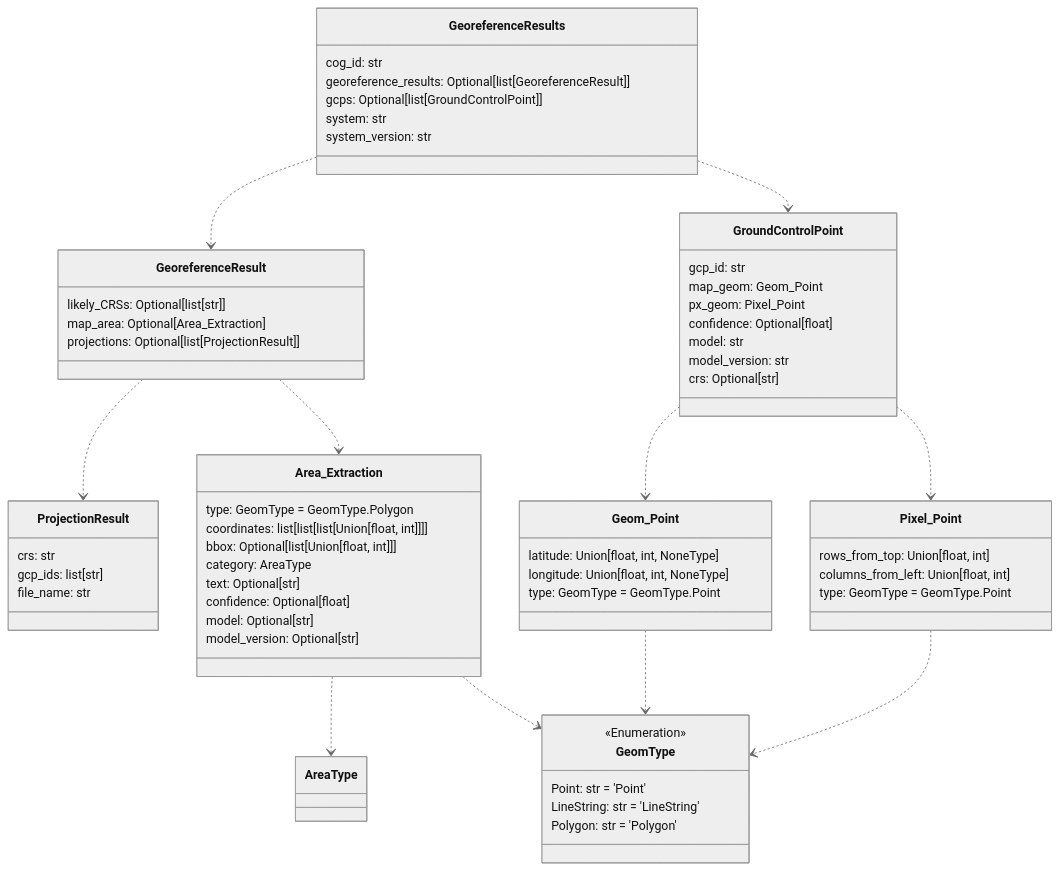
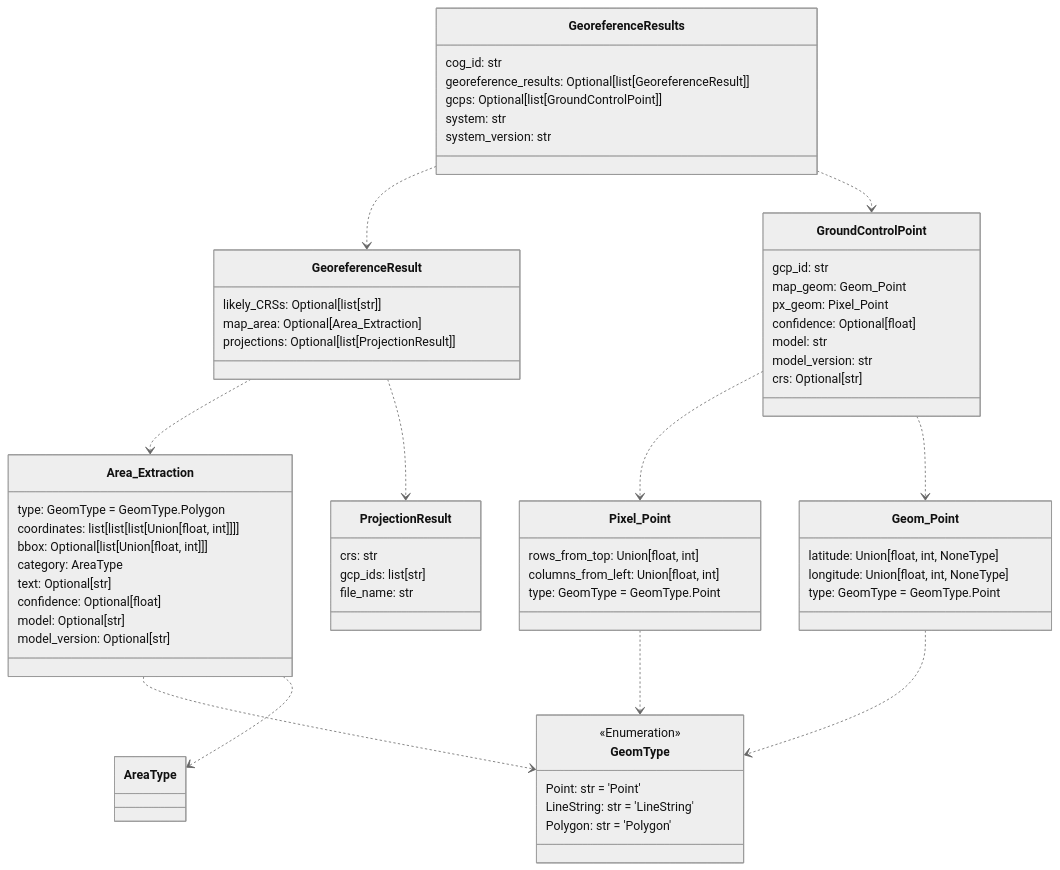
The second of 12 diagrams in README.md (DARPA-CRITICALMAAS/cdr_schemas), drawn with Mermaid (neutral theme) before and after one commit. The commit also changed other lines of this file and 3 other files, not shown here.

````diff
--- a/README.md
+++ b/README.md
@@ -113,76 +113,76 @@
 ```mermaid
 classDiagram
-
-    class ProjectionResult {
-        crs: str
-        gcp_ids: list[str]
-        file_name: str
-    }
 
     class Pixel_Point {
         rows_from_top: Union[float, int]
         columns_from_left: Union[float, int]
         type: GeomType = GeomType.Point
     }
 
+    class Geom_Point {
+        latitude: Union[float, int, NoneType]
+        longitude: Union[float, int, NoneType]
+        type: GeomType = GeomType.Point
+    }
+
+    class GroundControlPoint {
+        gcp_id: str
+        map_geom: Geom_Point
+        px_geom: Pixel_Point
+        confidence: Optional[float]
+        model: str
+        model_version: str
+        crs: Optional[str]
+    }
+
     class GeomType {
         <<Enumeration>>
         Point: str = 'Point'
         LineString: str = 'LineString'
         Polygon: str = 'Polygon'
+    }
+
+    class ProjectionResult {
+        crs: str
+        gcp_ids: list[str]
+        file_name: str
     }
 
     class GeoreferenceResult {
         likely_CRSs: Optional[list[str]]
         map_area: Optional[Area_Extraction]
         projections: Optional[list[ProjectionResult]]
     }
 
     class GeoreferenceResults {
         cog_id: str
         georeference_results: Optional[list[GeoreferenceResult]]
         gcps: Optional[list[GroundControlPoint]]
         system: str
         system_version: str
     }
 
     class Area_Extraction {
         type: GeomType = GeomType.Polygon
         coordinates: list[list[list[Union[float, int]]]]
         bbox: Optional[list[Union[float, int]]]
         category: AreaType
         text: Optional[str]
         confidence: Optional[float]
         model: Optional[str]
         model_version: Optional[str]
     }
 
-    class Geom_Point {
-        latitude: Union[float, int, NoneType]
-        longitude: Union[float, int, NoneType]
-        type: GeomType = GeomType.Point
-    }
-
-    class GroundControlPoint {
-        gcp_id: str
-        map_geom: Geom_Point
-        px_geom: Pixel_Point
-        confidence: Optional[float]
-        model: str
-        model_version: str
-        crs: Optional[str]
-    }
-
+    Area_Extraction ..> GeomType
     Area_Extraction ..> AreaType
-    Area_Extraction ..> GeomType
     Geom_Point ..> GeomType
     Pixel_Point ..> GeomType
+    GroundControlPoint ..> Pixel_Point
     GroundControlPoint ..> Geom_Point
-    GroundControlPoint ..> Pixel_Point
+    GeoreferenceResult ..> Area_Extraction
     GeoreferenceResult ..> ProjectionResult
-    GeoreferenceResult ..> Area_Extraction
+    GeoreferenceResults ..> GeoreferenceResult
     GeoreferenceResults ..> GroundControlPoint
-    GeoreferenceResults ..> GeoreferenceResult
 
 
 ```
````
